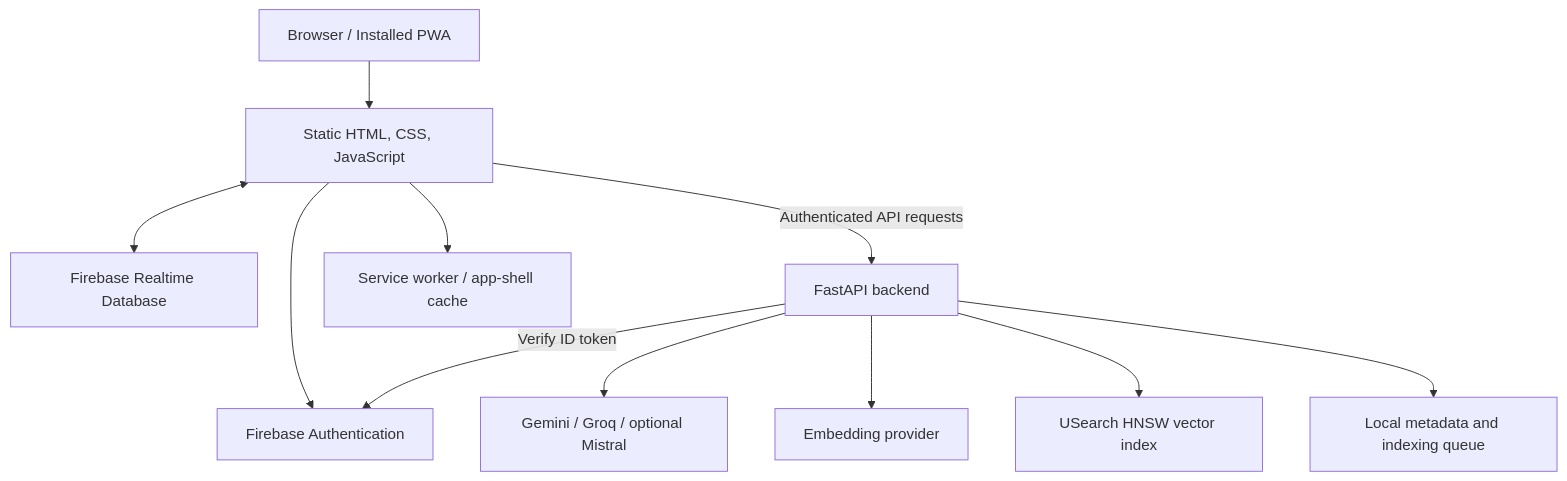
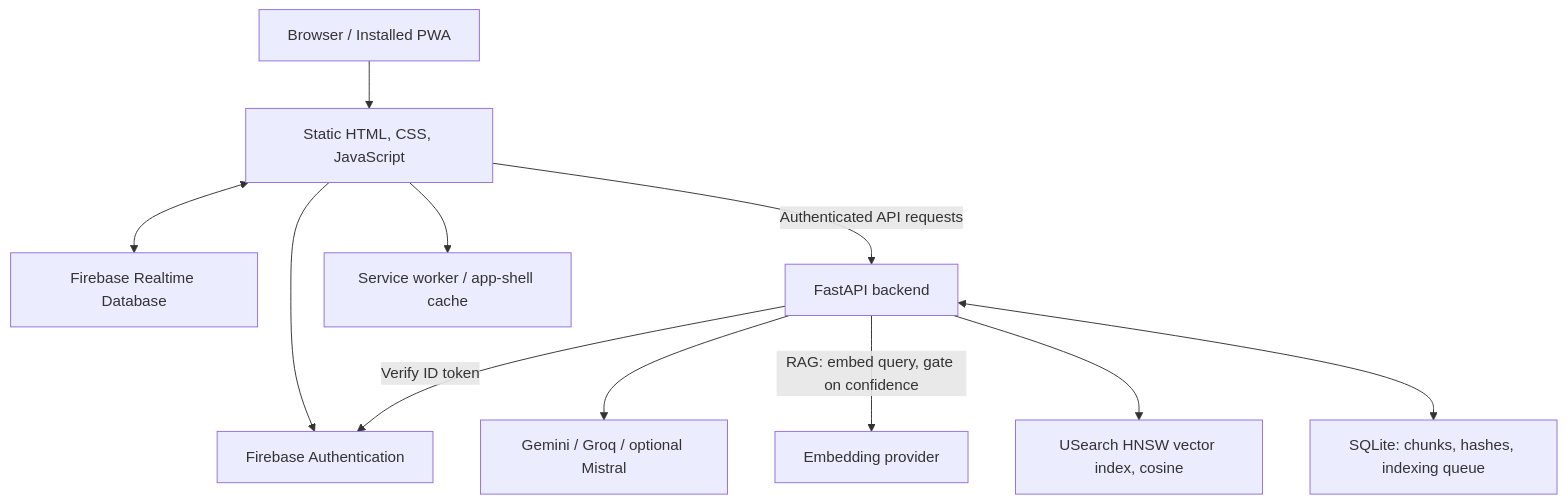
One commit to ShanMade/Ai-Notez changed the diagram in README.md. Above: the diagram before and after it, drawn with Mermaid. The commit also changed other lines of this file, not shown here.

First line of the commit message:
Document the RAG pipeline, vector database and semantic search

````diff
--- a/README.md
+++ b/README.md
@@ -22,13 +23,13 @@
 ```mermaid
 flowchart TD
     U[Browser / Installed PWA] --> FE[Static HTML, CSS, JavaScript]
     FE --> AUTH[Firebase Authentication]
     FE <--> DB[Firebase Realtime Database]
     FE -->|Authenticated API requests| API[FastAPI backend]
     API -->|Verify ID token| AUTH
     API --> AI[Gemini / Groq / optional Mistral]
-    API --> EMB[Embedding provider]
-    API --> IDX[USearch HNSW vector index]
-    API --> META[Local metadata and indexing queue]
+    API -->|RAG: embed query, gate on confidence| EMB[Embedding provider]
+    API --> IDX[USearch HNSW vector index, cosine]
+    API <--> META[SQLite: chunks, hashes, indexing queue]
     FE --> SW[Service worker / app-shell cache]
 ```
````
